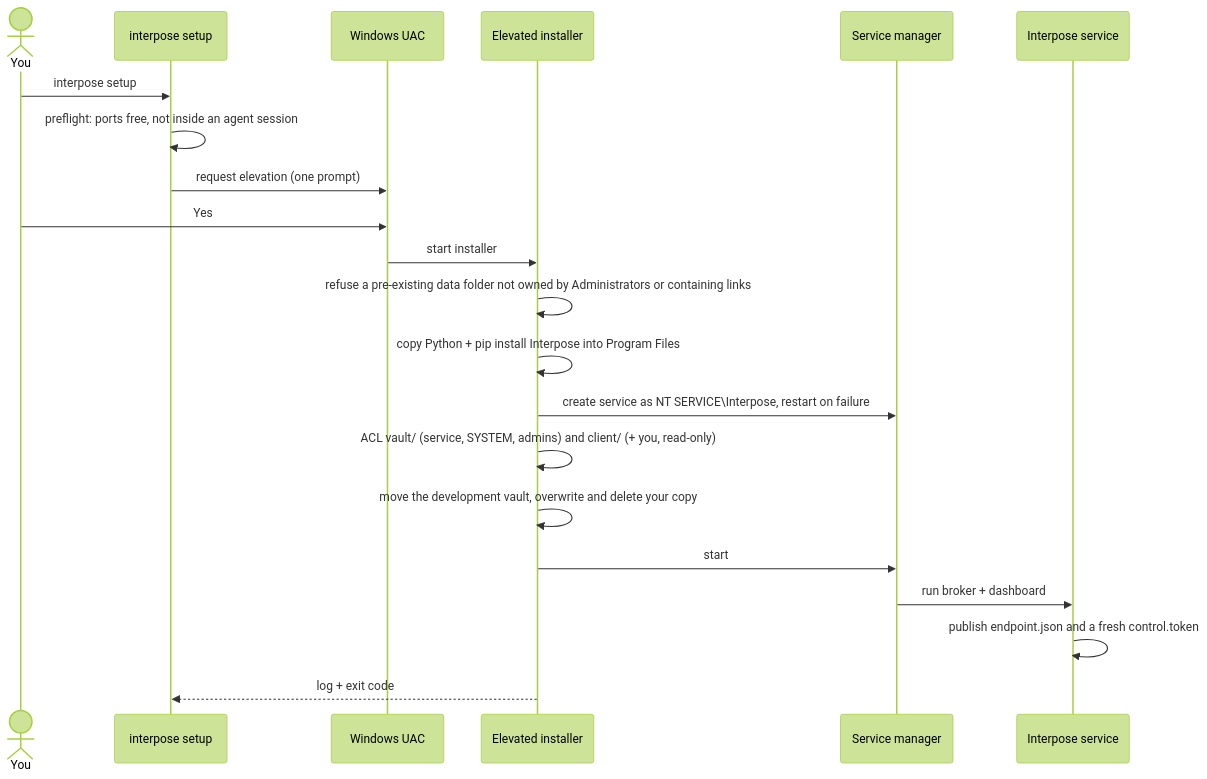
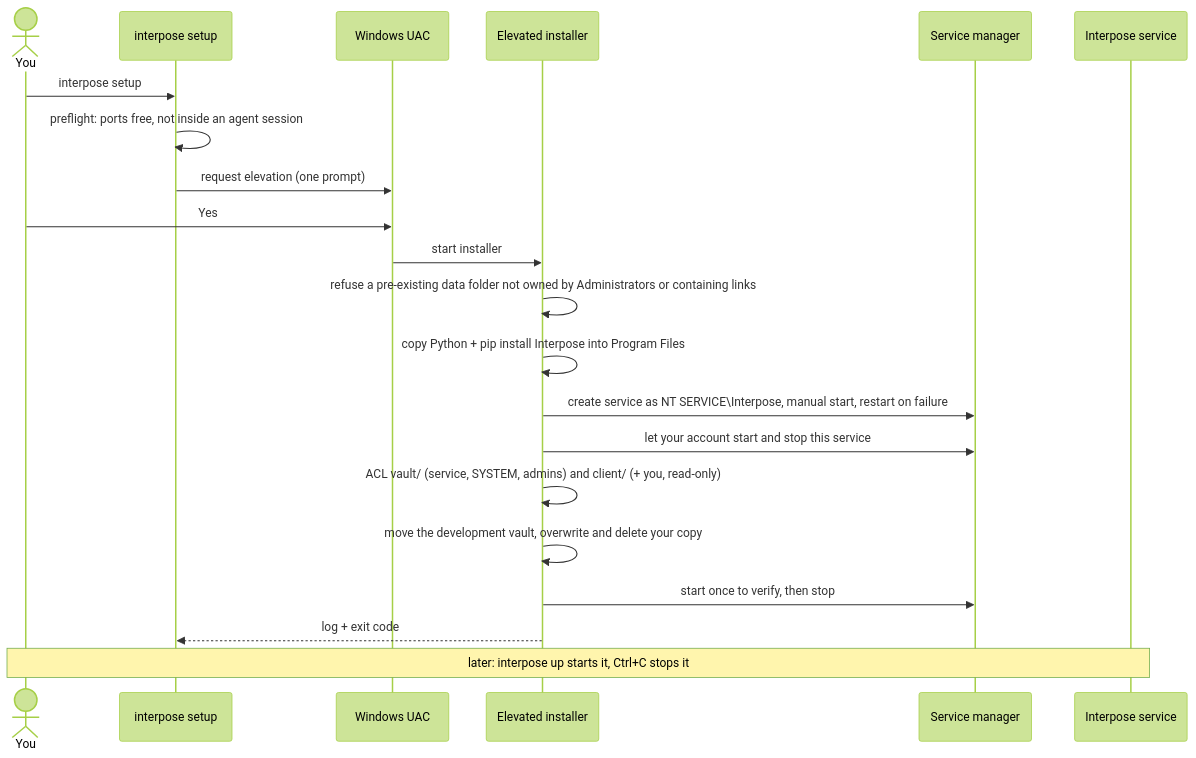
The second of 4 diagrams in docs/en/ARCHITECTURE.md (Coelhomicka/interpose-agent), drawn with Mermaid (forest theme) before and after one commit. The commit also changed other lines of this file and 15 other files, not shown here.

First line of the commit message:
Install with pipx, start the service on demand like aspire run, and add an opening banner (#6)

````diff
--- a/docs/en/ARCHITECTURE.md
+++ b/docs/en/ARCHITECTURE.md
@@ -90,24 +90,24 @@
 ```mermaid
 sequenceDiagram
     actor U as You
     participant CLI as interpose setup
     participant UAC as Windows UAC
     participant E as Elevated installer
     participant SCM as Service manager
     participant S as Interpose service
 
     U->>CLI: interpose setup
     CLI->>CLI: preflight: ports free, not inside an agent session
     CLI->>UAC: request elevation (one prompt)
     U->>UAC: Yes
     UAC->>E: start installer
     E->>E: refuse a pre-existing data folder not owned by Administrators or containing links
     E->>E: copy Python + pip install Interpose into Program Files
-    E->>SCM: create service as NT SERVICE\Interpose, restart on failure
+    E->>SCM: create service as NT SERVICE\Interpose, manual start, restart on failure
+    E->>SCM: let your account start and stop this service
     E->>E: ACL vault/ (service, SYSTEM, admins) and client/ (+ you, read-only)
     E->>E: move the development vault, overwrite and delete your copy
-    E->>SCM: start
-    SCM->>S: run broker + dashboard
-    S->>S: publish endpoint.json and a fresh control.token
+    E->>SCM: start once to verify, then stop
     E-->>CLI: log + exit code
+    Note over U,S: later: interpose up starts it, Ctrl+C stops it
 ```
````
